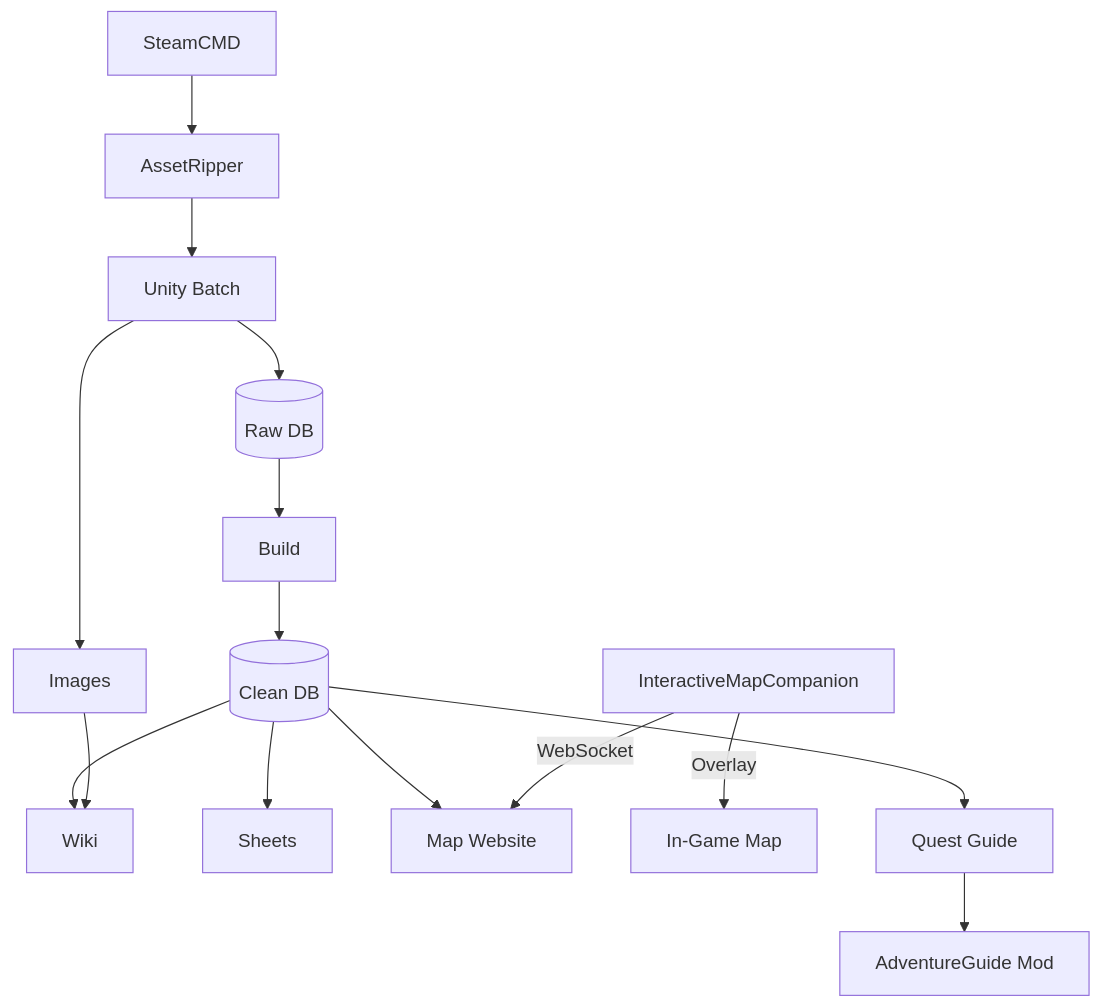
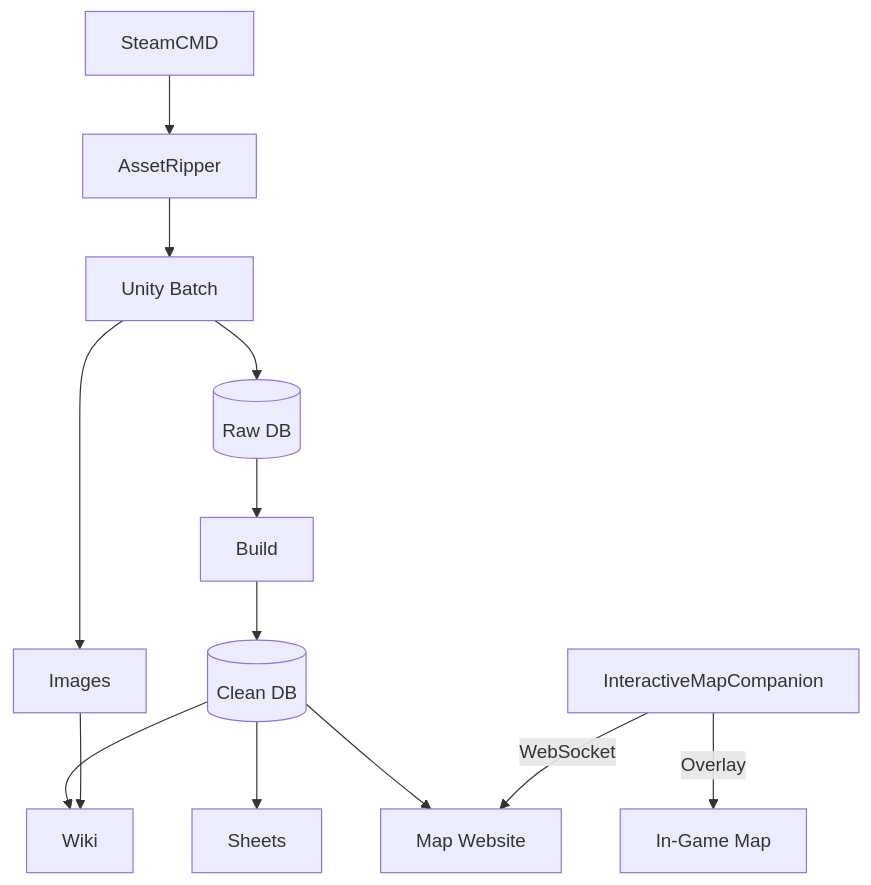
Before and after one commit to glockyco/erenshor-data-mining: the diagram in README.md, drawn with Mermaid.

Commit message:
docs: remove quest guide from pipeline diagram
The diagram shows the core data pipeline. The quest guide is a
downstream consumer, not a pipeline stage.

````diff
--- a/README.md
+++ b/README.md
@@ -58,17 +58,15 @@
 ```mermaid
 graph TD
     S[SteamCMD] --> A[AssetRipper]
     A --> U[Unity Batch]
     U --> R[(Raw DB)]
     U --> I[Images]
     R --> B[Build]
     B --> C[(Clean DB)]
     C --> W[Wiki]
     C --> Sh[Sheets]
     C --> M[Map Website]
     I --> W
     Mod[InteractiveMapCompanion] -->|WebSocket| M
     Mod -->|Overlay| G[In-Game Map]
-    C --> QG[Quest Guide]
-    QG --> AG[AdventureGuide Mod]
 ```
````
